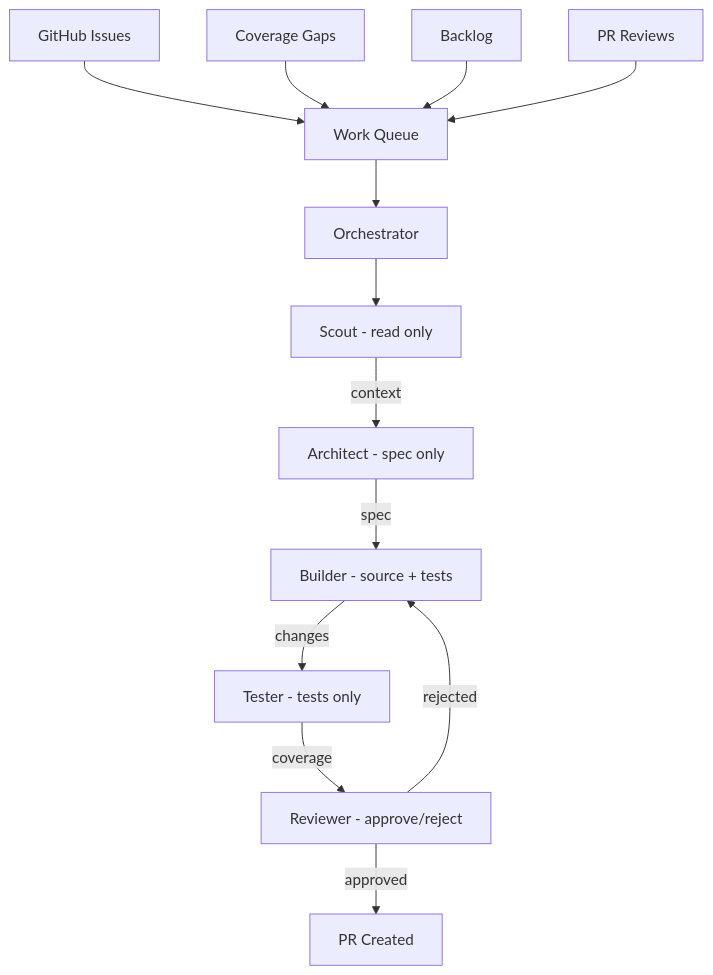
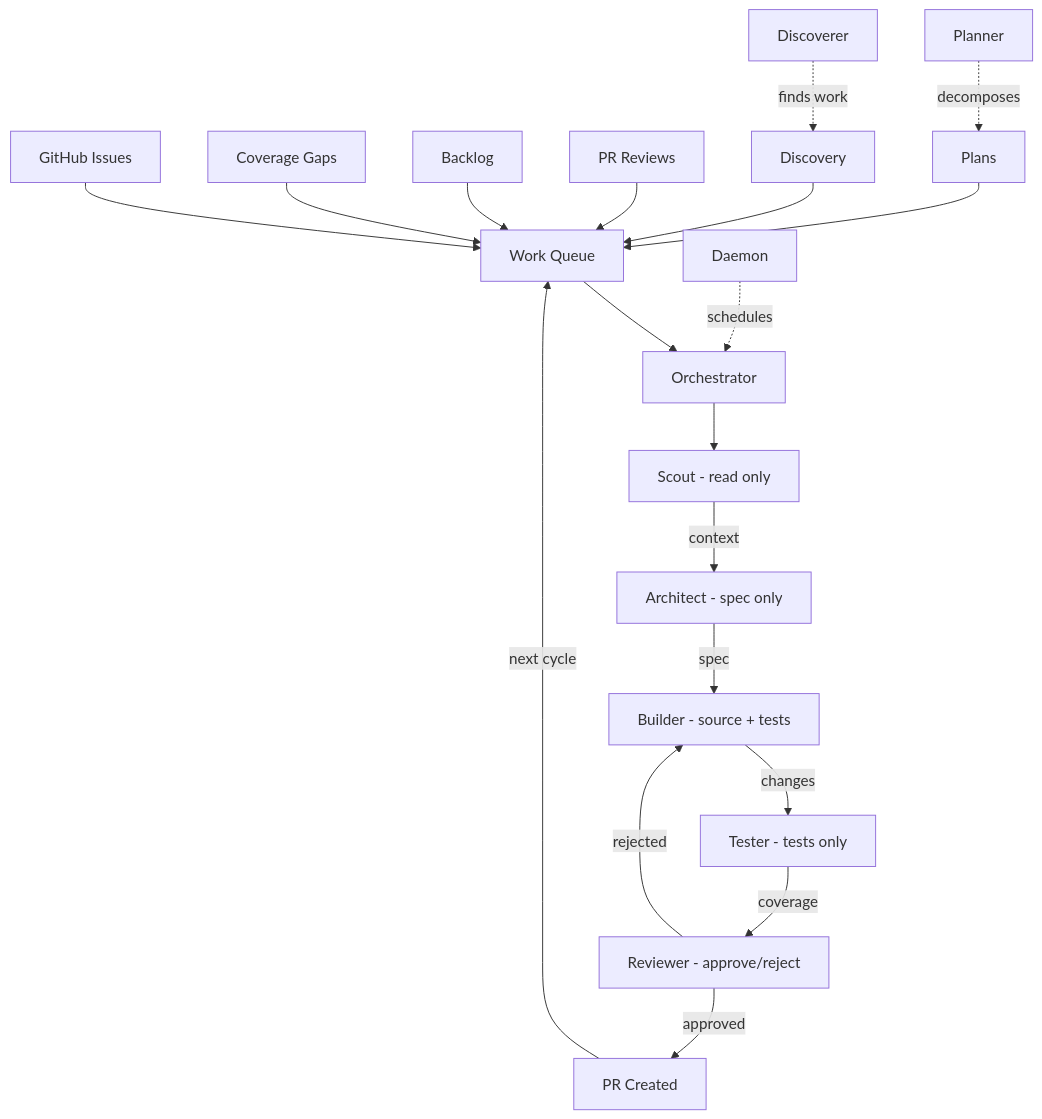
Before and after one commit to JustinBeaudry/autocode: the diagram in README.md, drawn with Mermaid. The commit also changed other lines of this file and 30 other files, not shown here.

````diff
--- a/README.md
+++ b/README.md
@@ -35,15 +44,21 @@
 ```mermaid
 graph TD
   WQ[Work Queue] --> O[Orchestrator]
   GI[GitHub Issues] --> WQ
   CG[Coverage Gaps] --> WQ
   BL[Backlog] --> WQ
   PR[PR Reviews] --> WQ
+  PL[Plans] --> WQ
+  DI[Discovery] --> WQ
+  PLA[Planner] -.->|decomposes| PL
+  DIS[Discoverer] -.->|finds work| DI
   O --> S[Scout - read only]
   S -->|context| A[Architect - spec only]
   A -->|spec| B[Builder - source + tests]
   B -->|changes| T[Tester - tests only]
   T -->|coverage| R[Reviewer - approve/reject]
   R -->|approved| Ship[PR Created]
   R -->|rejected| B
+  Ship -->|next cycle| WQ
+  DA[Daemon] -.->|schedules| O
 ```
````
